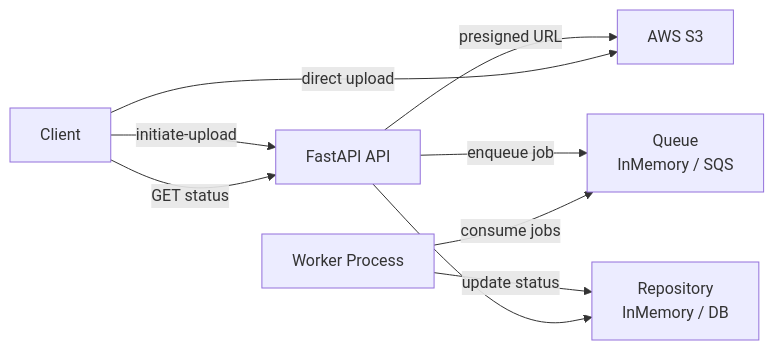
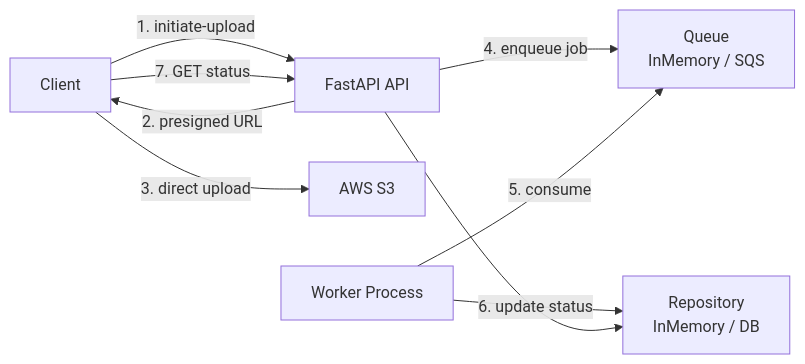
Before and after one commit to JasinMarku/document-processing-api: the diagram in README.md, drawn with Mermaid. The commit also changed other lines of this file, not shown here.

````diff
--- a/README.md
+++ b/README.md
@@ -9,11 +13,11 @@
 ```mermaid
 flowchart LR
-    Client -->|initiate-upload| API[FastAPI API]
-    API -->|presigned URL| S3[AWS S3]
-    Client -->|direct upload| S3
-    API -->|enqueue job| Queue[Queue<br/>InMemory / SQS]
-    Worker[Worker Process] -->|consume jobs| Queue
-    Worker -->|update status| Repo[Repository<br/>InMemory / DB]
-    Client -->|GET status| API
+    Client -->|1. initiate-upload| API[FastAPI API]
+    API -->|2. presigned URL| Client
+    Client -->|3. direct upload| S3[AWS S3]
+    API -->|4. enqueue job| Queue[Queue<br/>InMemory / SQS]
+    Worker[Worker Process] -->|5. consume| Queue
+    Worker -->|6. update status| Repo[Repository<br/>InMemory / DB]
+    Client -->|7. GET status| API
     API --> Repo
 ```
````
